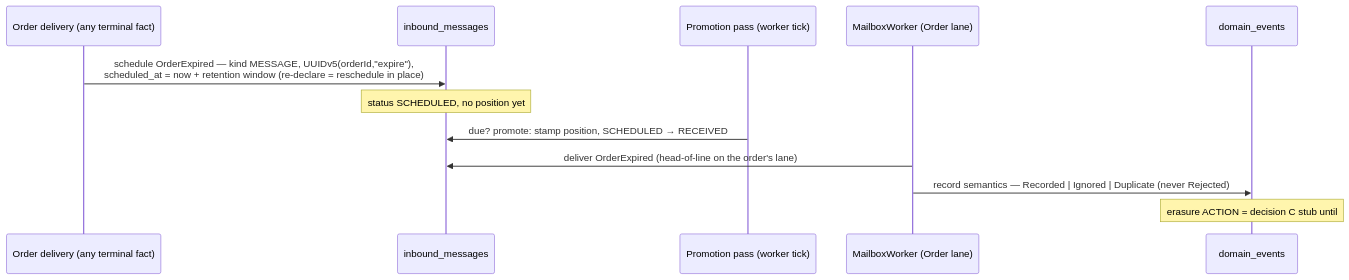
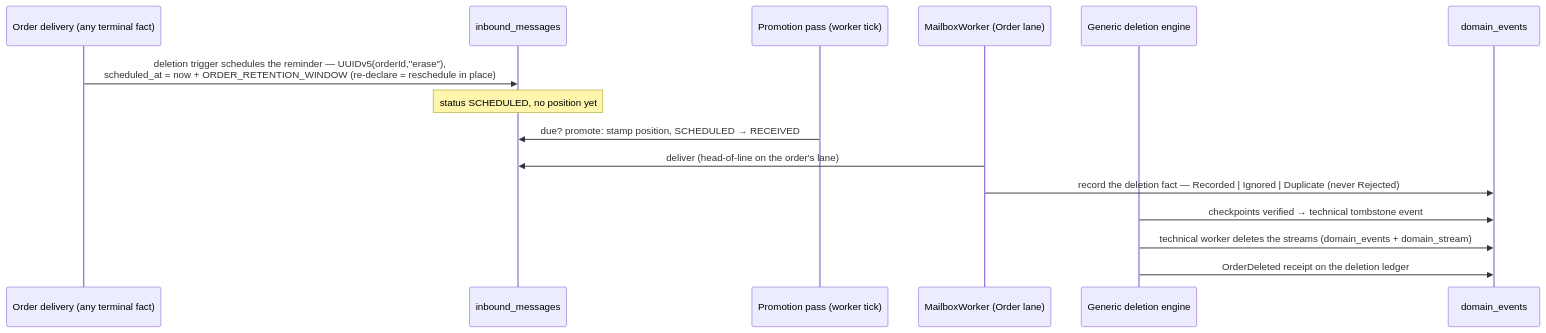
Before and after one commit to TheCaptainCompany/captain-food: the second of 2 diagrams in docs/proposals/PROP-20260731-195500-runtime-d-pm-mailboxes-and-reminders.md, drawn with Mermaid. The commit also changed other lines of this file and 3 other files, not shown here.

````diff
--- a/docs/proposals/PROP-20260731-195500-runtime-d-pm-mailboxes-and-reminders.md
+++ b/docs/proposals/PROP-20260731-195500-runtime-d-pm-mailboxes-and-reminders.md
@@ -152,15 +150,18 @@
 ```mermaid
 sequenceDiagram
     participant O as Order delivery (any terminal fact)
     participant M as inbound_messages
     participant P as Promotion pass (worker tick)
     participant W as MailboxWorker (Order lane)
+    participant E as Generic deletion engine
     participant L as domain_events
 
-    O->>M: schedule OrderExpired — kind MESSAGE, UUIDv5(orderId,"expire"),<br/>scheduled_at = now + retention window (re-declare = reschedule in place)
+    O->>M: deletion trigger schedules the reminder — UUIDv5(orderId,"erase"),<br/>scheduled_at = now + ORDER_RETENTION_WINDOW (re-declare = reschedule in place)
     Note over M: status SCHEDULED, no position yet
     P->>M: due? promote: stamp position, SCHEDULED → RECEIVED
-    W->>M: deliver OrderExpired (head-of-line on the order's lane)
-    W->>L: record semantics — Recorded | Ignored | Duplicate (never Rejected)
-    Note over L: erasure ACTION = decision C stub until #194
+    W->>M: deliver (head-of-line on the order's lane)
+    W->>L: record the deletion fact — Recorded | Ignored | Duplicate (never Rejected)
+    E->>L: checkpoints verified → technical tombstone event
+    E->>L: technical worker deletes the streams (domain_events + domain_stream)
+    E->>L: OrderDeleted receipt on the deletion ledger
 ```
````
